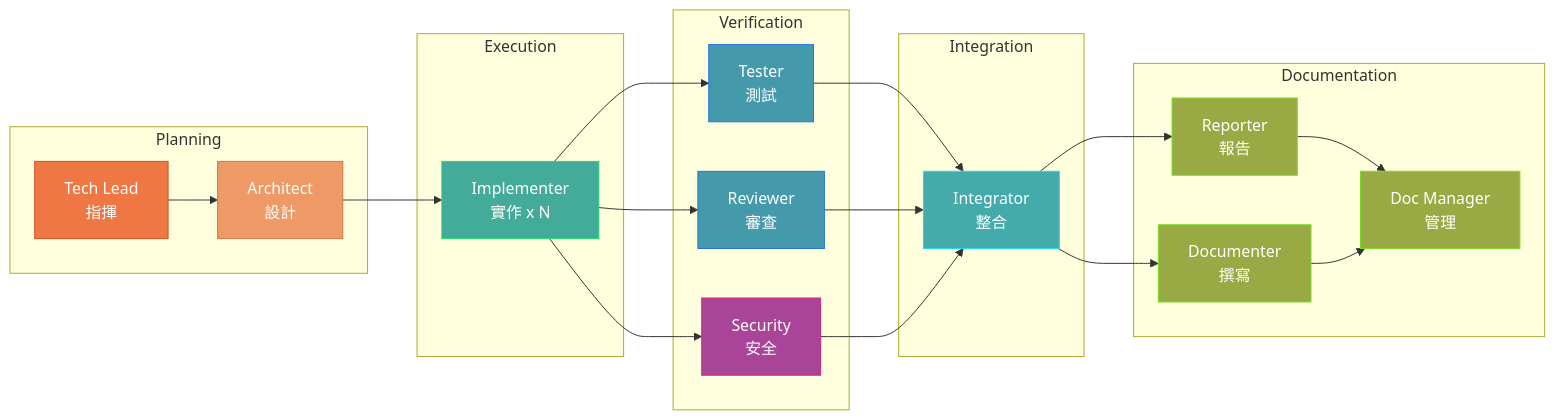
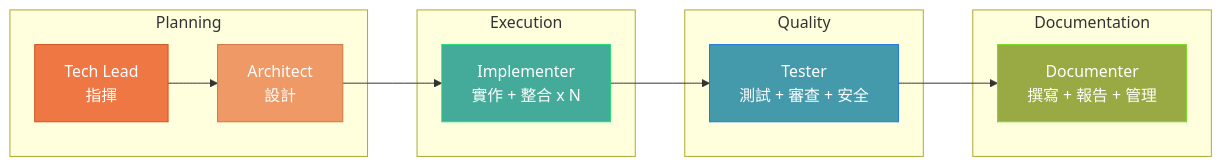
One commit to Muheng1992/symbiotic-engineering changed the fourth of 18 diagrams in docs/AGENT-ARMY-DESIGN.md. Above: the diagram before and after it, drawn with Mermaid. The commit also changed other lines of this file and 46 other files, not shown here.

````diff
--- a/docs/AGENT-ARMY-DESIGN.md
+++ b/docs/AGENT-ARMY-DESIGN.md
@@ -315,51 +289,30 @@
 ```mermaid
 graph LR
     subgraph "Planning"
         TL[Tech Lead<br/>指揮]
         AR[Architect<br/>設計]
     end
 
     subgraph "Execution"
-        IM[Implementer<br/>實作 x N]
+        IM[Implementer<br/>實作 + 整合 x N]
     end
 
-    subgraph "Verification"
-        TE[Tester<br/>測試]
-        RV[Reviewer<br/>審查]
-        SA[Security<br/>安全]
+    subgraph "Quality"
+        TE[Tester<br/>測試 + 審查 + 安全]
     end
 
     subgraph "Documentation"
-        DC[Documenter<br/>撰寫]
-        DM[Doc Manager<br/>管理]
-        RP[Reporter<br/>報告]
-    end
-
-    subgraph "Integration"
-        IN[Integrator<br/>整合]
+        DC[Documenter<br/>撰寫 + 報告 + 管理]
     end
 
     TL --> AR
     AR --> IM
     IM --> TE
-    IM --> RV
-    IM --> SA
-    TE --> IN
-    RV --> IN
-    SA --> IN
-    IN --> DC
-    IN --> RP
-    RP --> DM
-    DC --> DM
+    TE --> DC
 
     style TL fill:#e74,stroke:#c52,color:#fff
     style AR fill:#e96,stroke:#c74,color:#fff
     style IM fill:#4a9,stroke:#2d7,color:#fff
     style TE fill:#49a,stroke:#27d,color:#fff
-    style RV fill:#49a,stroke:#27d,color:#fff
-    style SA fill:#a49,stroke:#d27,color:#fff
     style DC fill:#9a4,stroke:#7d2,color:#fff
-    style DM fill:#9a4,stroke:#7d2,color:#fff
-    style RP fill:#9a4,stroke:#7d2,color:#fff
-    style IN fill:#4aa,stroke:#2dd,color:#fff
 ```
````
